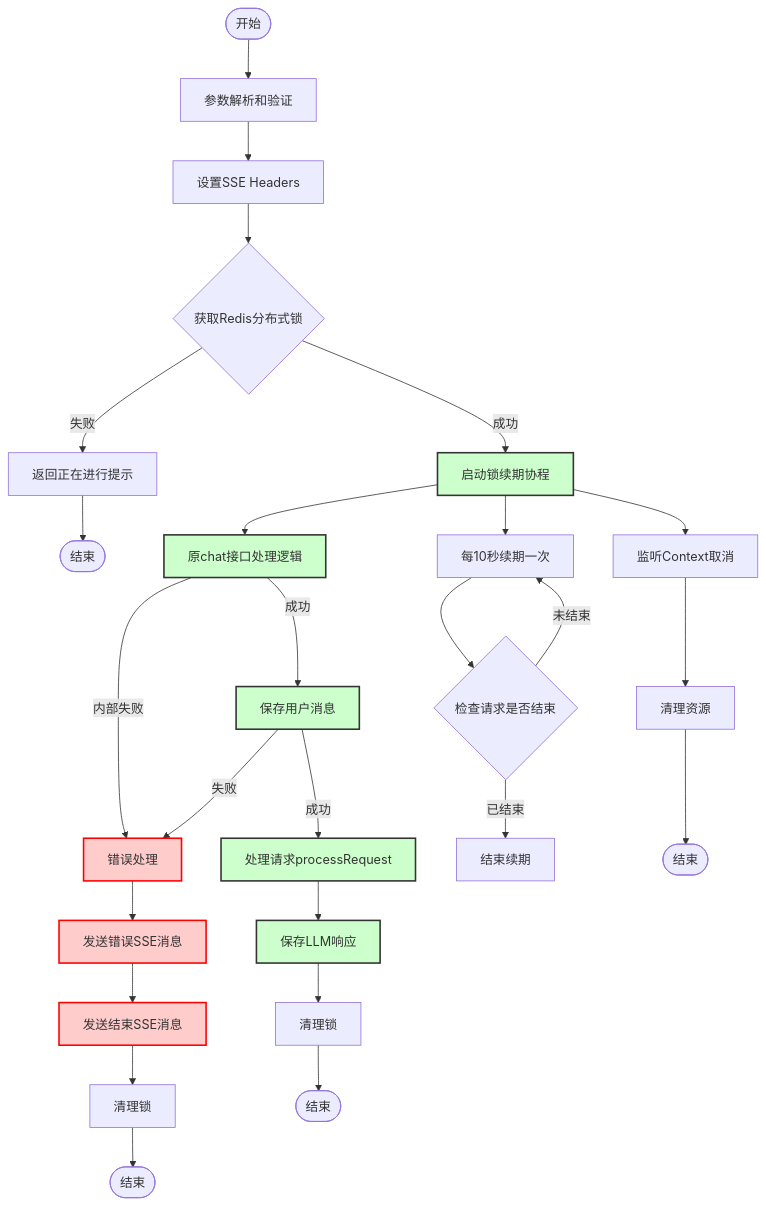
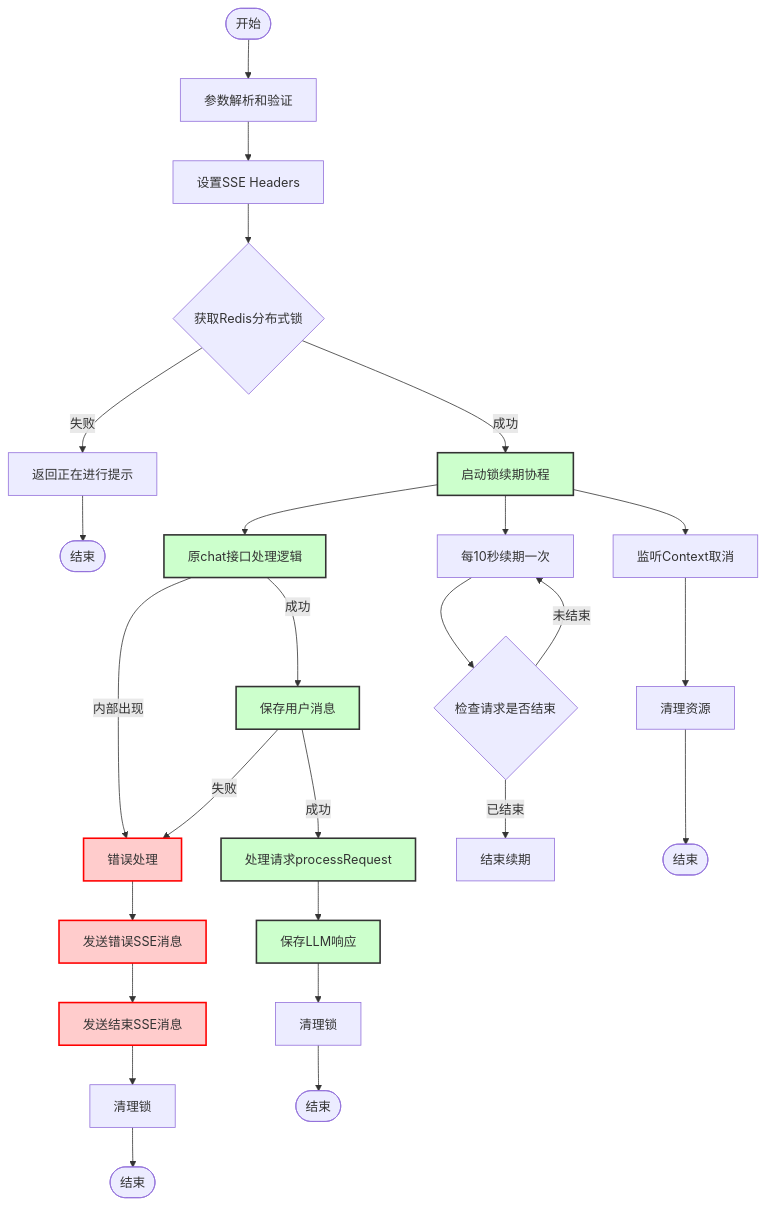
Before and after one commit to yingjianzh/iodraw-files: the diagram in all/未命名-15.md, drawn with Mermaid.

Commit message:
2025-01-02 17:42:25 update

````diff
--- a/all/未命名-15.md
+++ b/all/未命名-15.md
@@ -1,46 +1,46 @@
 ```mermaid
 flowchart TD
     Start([开始]) --> A[参数解析和验证]
     A --> B[设置SSE Headers]
     B --> C{获取Redis分布式锁}
     
     C -->|失败| D[返回正在进行提示]
     D --> End1([结束])
     
     C -->|成功| E[启动锁续期协程]
     E --> F[原chat接口处理逻辑]
     
-    F -->|内部失败| G[错误处理]
+    F -->|内部出现| G[错误处理]
     F -->|成功| H[保存用户消息]
     
     H -->|失败| G[错误处理]
     H -->|成功| I[处理请求processRequest]
     
     I --> J[保存LLM响应]
     
     %% 错误处理流程
     G --> K[发送错误SSE消息]
     K --> L[发送结束SSE消息]
     L --> M[清理锁]
     M --> End2([结束])
     
     %% 正常结束流程
     J --> N[清理锁]
     N --> End3([结束])
     
     %% 锁续期协程
     E --> O[每10秒续期一次]
     O --> P{检查请求是否结束}
     P -->|未结束| O
     P -->|已结束| Q[结束续期]
     
     %% Context取消监听
     E --> R[监听Context取消]
     R --> S[清理资源]
     S --> End4([结束])
     
     classDef error fill:#ffcccc,stroke:#ff0000,stroke-width:2px
     classDef normal fill:#ccffcc,stroke:#333,stroke-width:2px
     class G,K,L error
     class E,F,H,I,J normal
 ```
````
